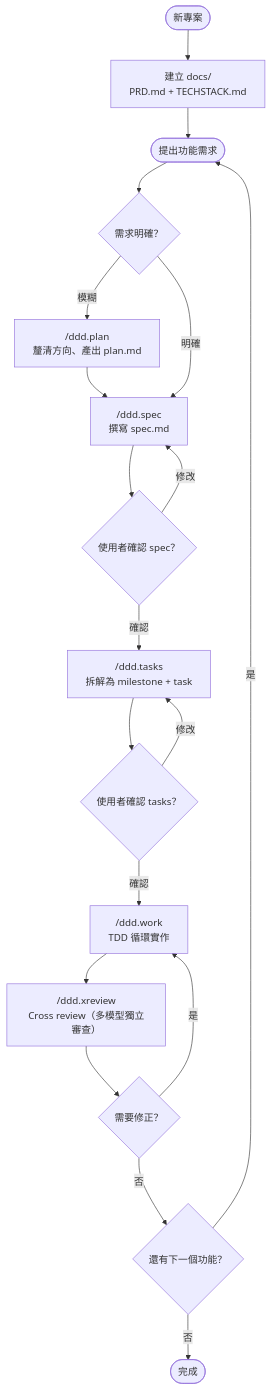
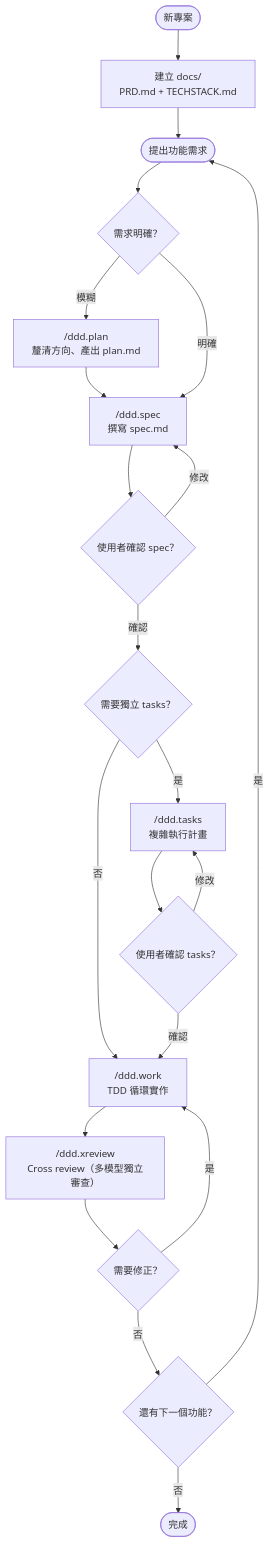
One commit to applepig/ddd-workflow changed the first of 2 diagrams in README.md. Above: the diagram before and after it, drawn with Mermaid. The commit also changed other lines of this file and 9 other files, not shown here.

Commit message:
docs(ddd-workflow): make tasks optional

````diff
--- a/README.md
+++ b/README.md
@@ -36,26 +36,28 @@
 ```mermaid
 flowchart TD
     Start([新專案]) --> Init["建立 docs/<br/>PRD.md + TECHSTACK.md"]
     Init --> Feature([提出功能需求])
 
     Feature --> Clarity{需求明確？}
 
     Clarity -- 模糊 --> Plan["/ddd.plan<br/>釐清方向、產出 plan.md"]
     Plan --> Spec
 
     Clarity -- 明確 --> Spec["/ddd.spec<br/>撰寫 spec.md"]
     Spec --> UserSpec{使用者確認 spec？}
     UserSpec -- 修改 --> Spec
-    UserSpec -- 確認 --> Tasks
+    UserSpec -- 確認 --> NeedTasks{需要獨立 tasks？}
 
-    Tasks["/ddd.tasks<br/>拆解為 milestone + task"] --> UserTasks{使用者確認 tasks？}
+    NeedTasks -- 否 --> Work
+    NeedTasks -- 是 --> Tasks
+    Tasks["/ddd.tasks<br/>複雜執行計畫"] --> UserTasks{使用者確認 tasks？}
     UserTasks -- 修改 --> Tasks
     UserTasks -- 確認 --> Work
 
     Work["/ddd.work<br/>TDD 循環實作"] --> Review
     Review["/ddd.xreview<br/>Cross review（多模型獨立審查）"] --> Fix{需要修正？}
     Fix -- 是 --> Work
     Fix -- 否 --> Next{還有下一個功能？}
     Next -- 是 --> Feature
     Next -- 否 --> Done([完成])
 ```
````
